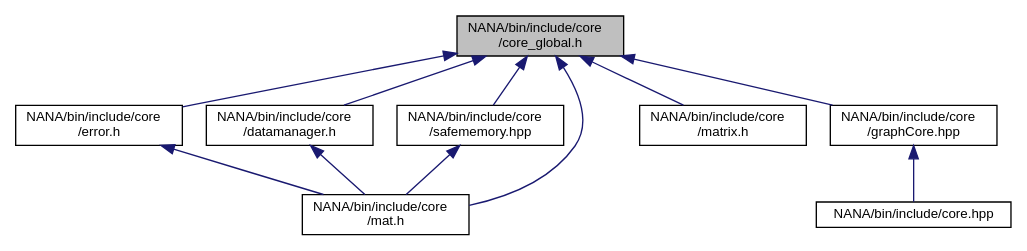
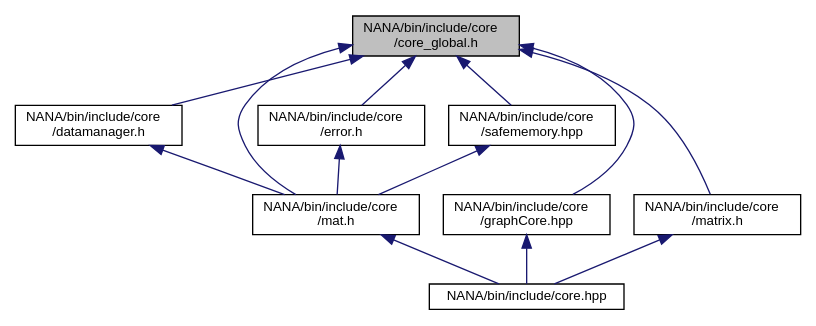
Before and after one commit to YuruTu/NANA: the diagram in docs/bin_2include_2core_2core__global_8h__dep__incl.dot, drawn with Graphviz. The commit also changed 206 other files, not shown here.

Commit message:
增加多视图几何模块

```diff
--- a/docs/bin_2include_2core_2core__global_8h__dep__incl.dot
+++ b/docs/bin_2include_2core_2core__global_8h__dep__incl.dot
@@ -1,24 +1,26 @@
 digraph "NANA/bin/include/core/core_global.h"
 {
  // LATEX_PDF_SIZE
   edge [fontname="Helvetica",fontsize="10",labelfontname="Helvetica",labelfontsize="10"];
   node [fontname="Helvetica",fontsize="10",shape=record];
   Node1 [label="NANA/bin/include/core\l/core_global.h",height=0.2,width=0.4,color="black", fillcolor="grey75", style="filled", fontcolor="black",tooltip="全局头文件"];
   Node1 -> Node2 [dir="back",color="midnightblue",fontsize="10",style="solid",fontname="Helvetica"];
   Node2 [label="NANA/bin/include/core\l/datamanager.h",height=0.2,width=0.4,color="black", fillcolor="white", style="filled",URL="$bin_2include_2core_2datamanager_8h.html",tooltip="实现一个数据管理器"];
   Node2 -> Node3 [dir="back",color="midnightblue",fontsize="10",style="solid",fontname="Helvetica"];
   Node3 [label="NANA/bin/include/core\l/mat.h",height=0.2,width=0.4,color="black", fillcolor="white", style="filled",URL="$bin_2include_2core_2mat_8h.html",tooltip="实现一个用于矩阵运算的模板类(仍在实现当中)"];
-  Node1 -> Node4 [dir="back",color="midnightblue",fontsize="10",style="solid",fontname="Helvetica"];
-  Node4 [label="NANA/bin/include/core\l/error.h",height=0.2,width=0.4,color="black", fillcolor="white", style="filled",URL="$bin_2include_2core_2error_8h.html",tooltip="用于抛出异常"];
-  Node4 -> Node3 [dir="back",color="midnightblue",fontsize="10",style="solid",fontname="Helvetica"];
+  Node3 -> Node4 [dir="back",color="midnightblue",fontsize="10",style="solid",fontname="Helvetica"];
+  Node4 [label="NANA/bin/include/core.hpp",height=0.2,width=0.4,color="black", fillcolor="white", style="filled",URL="$bin_2include_2core_8hpp.html",tooltip="包含基本的数据结构等"];
   Node1 -> Node5 [dir="back",color="midnightblue",fontsize="10",style="solid",fontname="Helvetica"];
-  Node5 [label="NANA/bin/include/core\l/graphCore.hpp",height=0.2,width=0.4,color="black", fillcolor="white", style="filled",URL="$bin_2include_2core_2graph_core_8hpp.html",tooltip="为图论算法实现的基本数据结构"];
-  Node5 -> Node6 [dir="back",color="midnightblue",fontsize="10",style="solid",fontname="Helvetica"];
-  Node6 [label="NANA/bin/include/core.hpp",height=0.2,width=0.4,color="black", fillcolor="white", style="filled",URL="$bin_2include_2core_8hpp.html",tooltip="包含基本的数据结构等"];
+  Node5 [label="NANA/bin/include/core\l/error.h",height=0.2,width=0.4,color="black", fillcolor="white", style="filled",URL="$bin_2include_2core_2error_8h.html",tooltip="用于抛出异常"];
+  Node5 -> Node3 [dir="back",color="midnightblue",fontsize="10",style="solid",fontname="Helvetica"];
+  Node1 -> Node6 [dir="back",color="midnightblue",fontsize="10",style="solid",fontname="Helvetica"];
+  Node6 [label="NANA/bin/include/core\l/graphCore.hpp",height=0.2,width=0.4,color="black", fillcolor="white", style="filled",URL="$bin_2include_2core_2graph_core_8hpp.html",tooltip="为图论算法实现的基本数据结构"];
+  Node6 -> Node4 [dir="back",color="midnightblue",fontsize="10",style="solid",fontname="Helvetica"];
   Node1 -> Node3 [dir="back",color="midnightblue",fontsize="10",style="solid",fontname="Helvetica"];
   Node1 -> Node7 [dir="back",color="midnightblue",fontsize="10",style="solid",fontname="Helvetica"];
   Node7 [label="NANA/bin/include/core\l/matrix.h",height=0.2,width=0.4,color="black", fillcolor="white", style="filled",URL="$bin_2include_2core_2matrix_8h.html",tooltip="简单矩阵类(效率不高，但易于理解，很多时候会触发复制构造函数)，不同于Mat"];
+  Node7 -> Node4 [dir="back",color="midnightblue",fontsize="10",style="solid",fontname="Helvetica"];
   Node1 -> Node8 [dir="back",color="midnightblue",fontsize="10",style="solid",fontname="Helvetica"];
   Node8 [label="NANA/bin/include/core\l/safememory.hpp",height=0.2,width=0.4,color="black", fillcolor="white", style="filled",URL="$bin_2include_2core_2safememory_8hpp.html",tooltip="实现安全的内存管理"];
   Node8 -> Node3 [dir="back",color="midnightblue",fontsize="10",style="solid",fontname="Helvetica"];
 }
```
